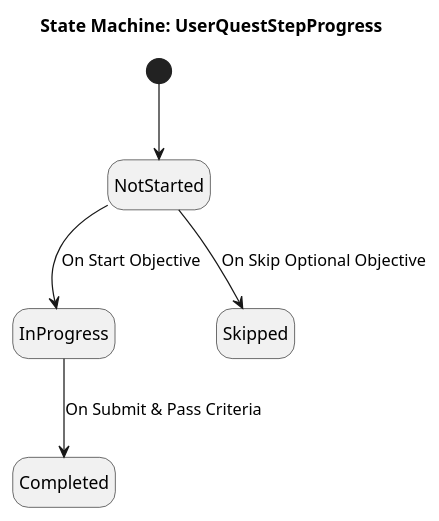
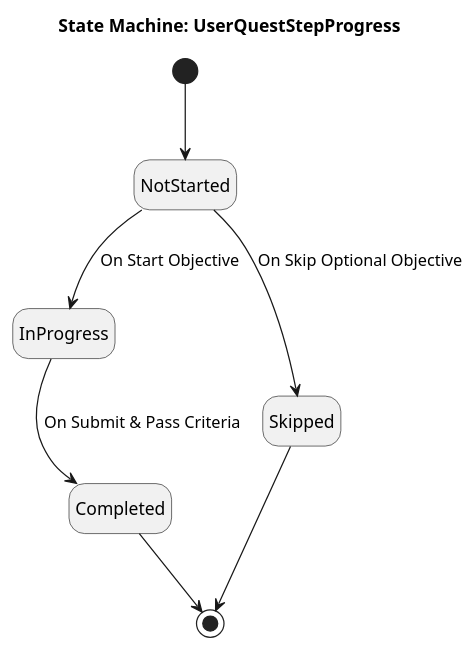
One commit to FA25SE050-RogueLearn/RogueLearn.BMAD.Documentation changed the diagram in docs/srs/diagrams/state-machines/quest-services/user-quest-step-progress-state-machine.puml. Above: the diagram before and after it, drawn with PlantUML. The commit also changed 8 other files, not shown here.

Commit message:
update diagrams

```diff
--- a/docs/srs/diagrams/state-machines/quest-services/user-quest-step-progress-state-machine.puml
+++ b/docs/srs/diagrams/state-machines/quest-services/user-quest-step-progress-state-machine.puml
@@ -2,23 +2,26 @@
 @startuml
 title "State Machine: UserQuestStepProgress"
 hide empty description
 
 [*] --> NotStarted
 
 state NotStarted
 
 
 state InProgress
 
 
 state Completed
 
 
 state Skipped
 
 
 NotStarted --> InProgress : On Start Objective
 NotStarted --> Skipped : On Skip Optional Objective
 InProgress --> Completed : On Submit & Pass Criteria
 
+Completed --> [*]
+Skipped --> [*]
+
 @enduml
```
